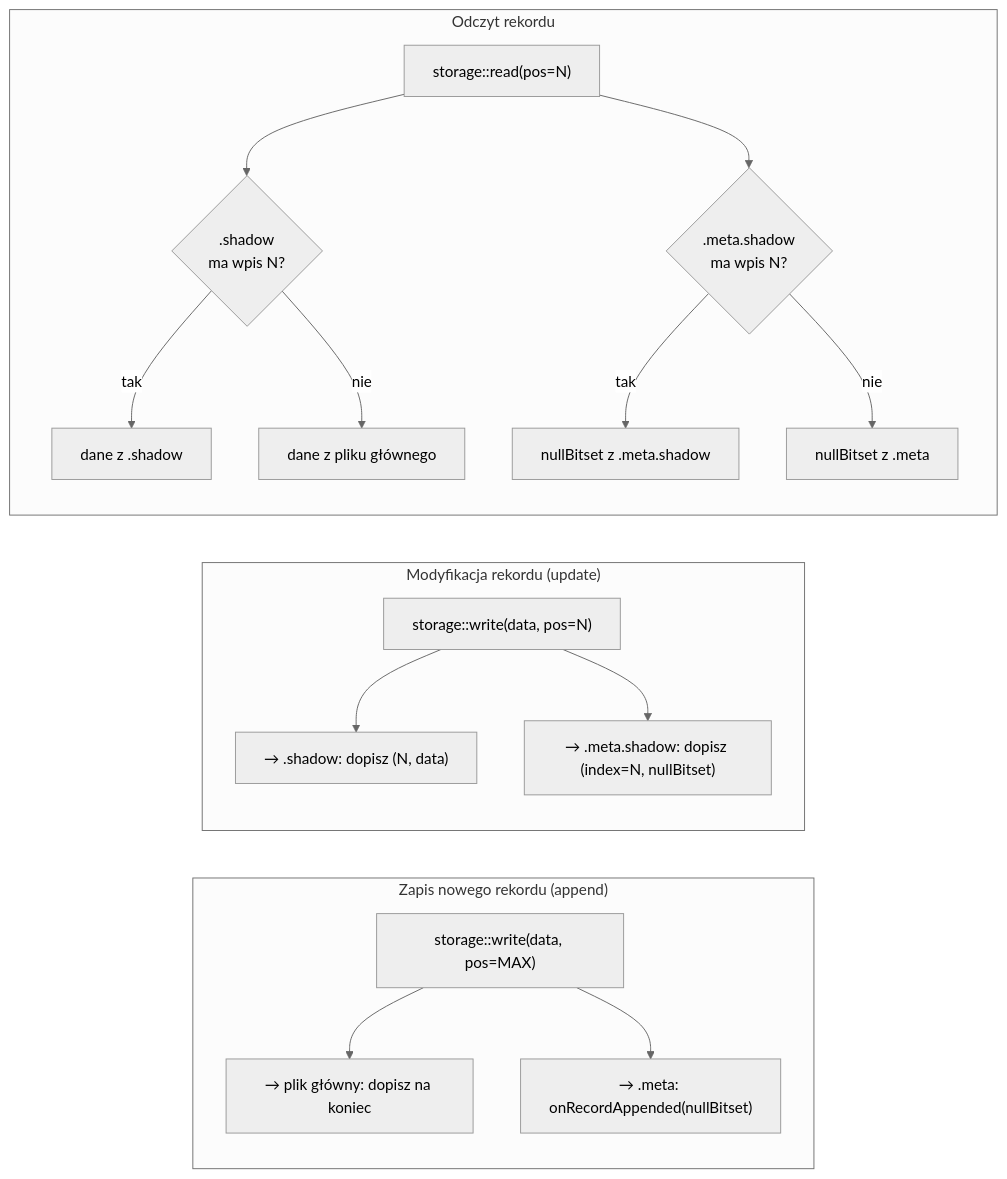
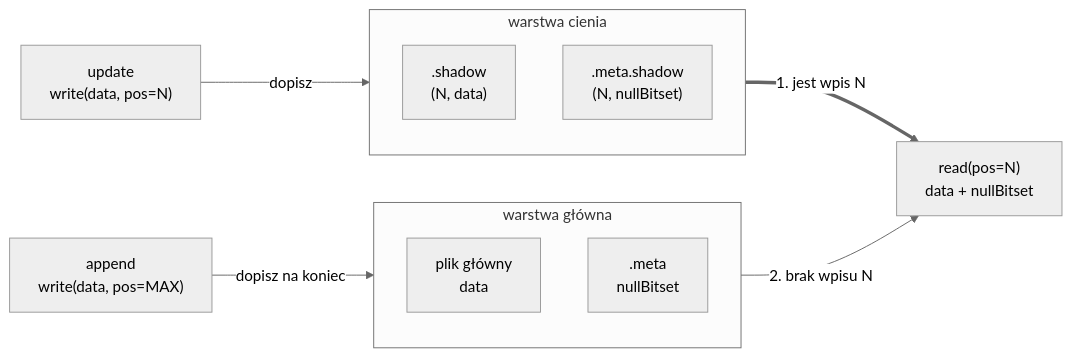
Before and after one commit to michalwidera/dokumentacja-rdb: the ninth of 9 diagrams in architektura-systemu-przetwarzania-danych/format-zapisu-danych/pliki.md, drawn with Mermaid (neutral theme).

Commit message:
test rys.24

````diff
--- a/architektura-systemu-przetwarzania-danych/format-zapisu-danych/pliki.md
+++ b/architektura-systemu-przetwarzania-danych/format-zapisu-danych/pliki.md
@@ -698,35 +698,21 @@
 ```mermaid
 %% pdf-width: 100%
 graph LR
-    subgraph "Zapis nowego rekordu (append)"
-        A1["storage::write(data, pos=MAX)"]
-        A2["→ plik główny: dopisz na koniec"]
-        A3["→ .meta: onRecordAppended(nullBitset)"]
-        A1 --> A2
-        A1 --> A3
+    UP["update<br/>write(data, pos=N)"] -->|dopisz| CIEN
+    AP["append<br/>write(data, pos=MAX)"] -->|dopisz na koniec| GL
+
+    subgraph CIEN["warstwa cienia"]
+        direction TB
+        S[".shadow<br/>(N, data)"]
+        MS[".meta.shadow<br/>(N, nullBitset)"]
     end
 
-    subgraph "Modyfikacja rekordu (update)"
-        U1["storage::write(data, pos=N)"]
-        U2["→ .shadow: dopisz (N, data)"]
-        U3["→ .meta.shadow: dopisz (index=N, nullBitset)"]
-        U1 --> U2
-        U1 --> U3
+    subgraph GL["warstwa główna"]
+        direction TB
+        D["plik główny<br/>data"]
+        M[".meta<br/>nullBitset"]
     end
 
-    subgraph "Odczyt rekordu"
-        R1["storage::read(pos=N)"]
-        R2{".shadow\nma wpis N?"}
-        R3["dane z .shadow"]
-        R4["dane z pliku głównego"]
-        R5{".meta.shadow\nma wpis N?"}
-        R6["nullBitset z .meta.shadow"]
-        R7["nullBitset z .meta"]
-        R1 --> R2
-        R2 -->|tak| R3
-        R2 -->|nie| R4
-        R1 --> R5
-        R5 -->|tak| R6
-        R5 -->|nie| R7
-    end
+    CIEN ==>|"1. jest wpis N"| RD["read(pos=N)<br/>data + nullBitset"]
+    GL -->|"2. brak wpisu N"| RD
 ```
````
